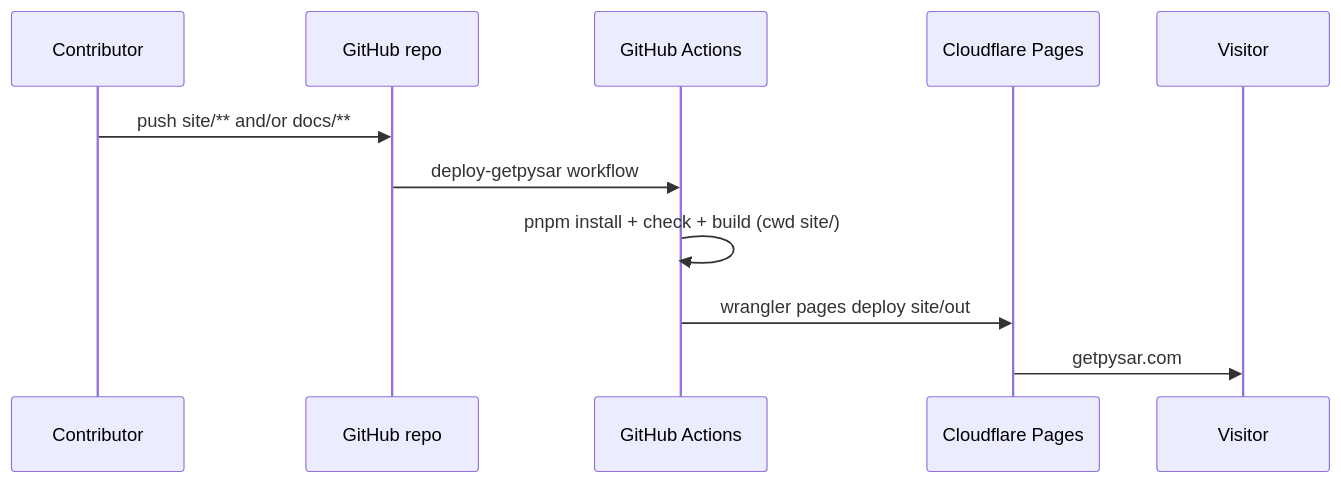
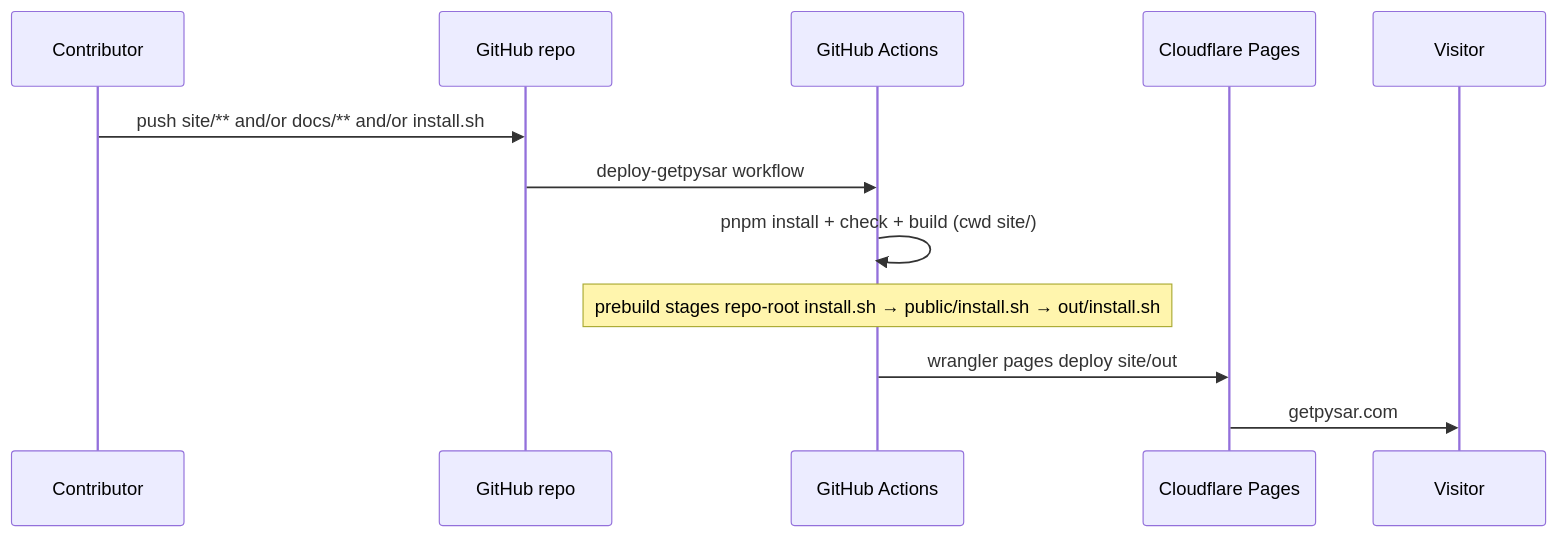
One commit to malyshev/pysar changed the diagram in site/engineering/deploy-pipeline.md. Above: the diagram before and after it, drawn with Mermaid. The commit also changed other lines of this file and 11 other files, not shown here.

First line of the commit message:
feat(site): hero quick start and serve install.sh from getpysar.com

````diff
--- a/site/engineering/deploy-pipeline.md
+++ b/site/engineering/deploy-pipeline.md
@@ -15,14 +15,15 @@
 ```mermaid
 sequenceDiagram
   participant Dev as Contributor
   participant Repo as GitHub repo
   participant GHA as GitHub Actions
   participant CF as Cloudflare Pages
   participant User as Visitor
 
-  Dev->>Repo: push site/** and/or docs/**
+  Dev->>Repo: push site/** and/or docs/** and/or install.sh
   Repo->>GHA: deploy-getpysar workflow
   GHA->>GHA: pnpm install + check + build (cwd site/)
+  Note over GHA: prebuild stages repo-root install.sh → public/install.sh → out/install.sh
   GHA->>CF: wrangler pages deploy site/out
   CF->>User: getpysar.com
 ```
````
